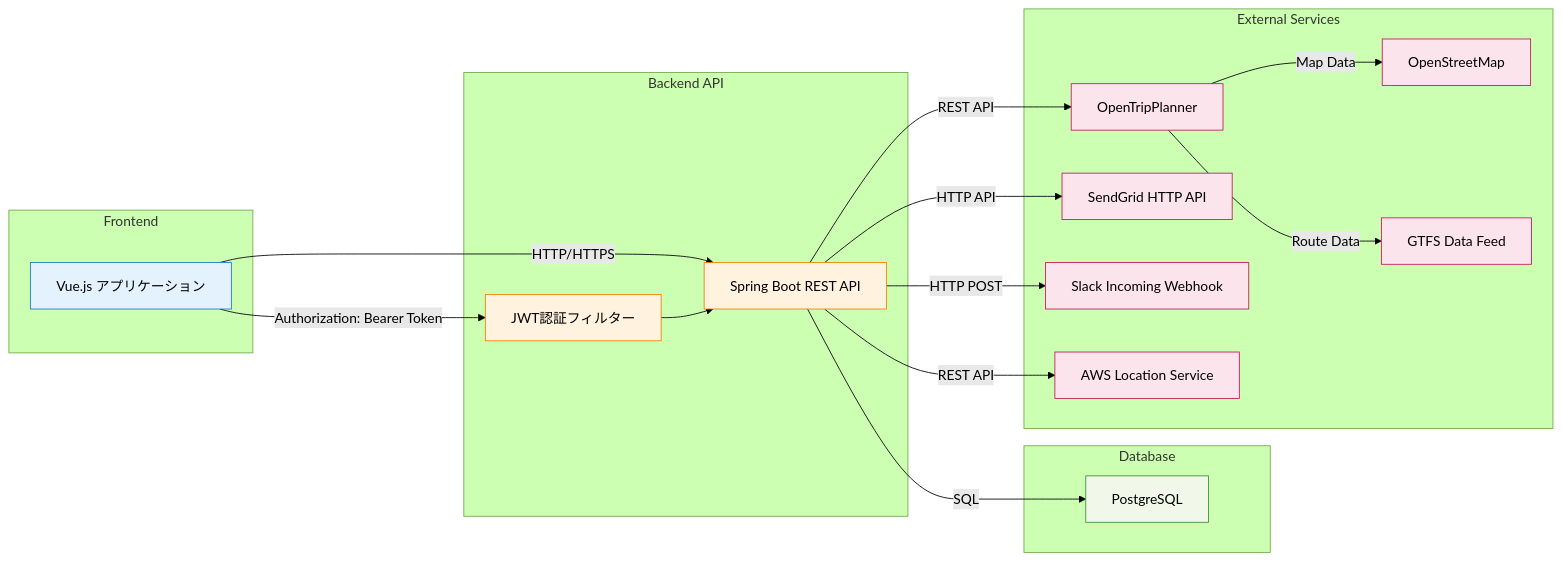
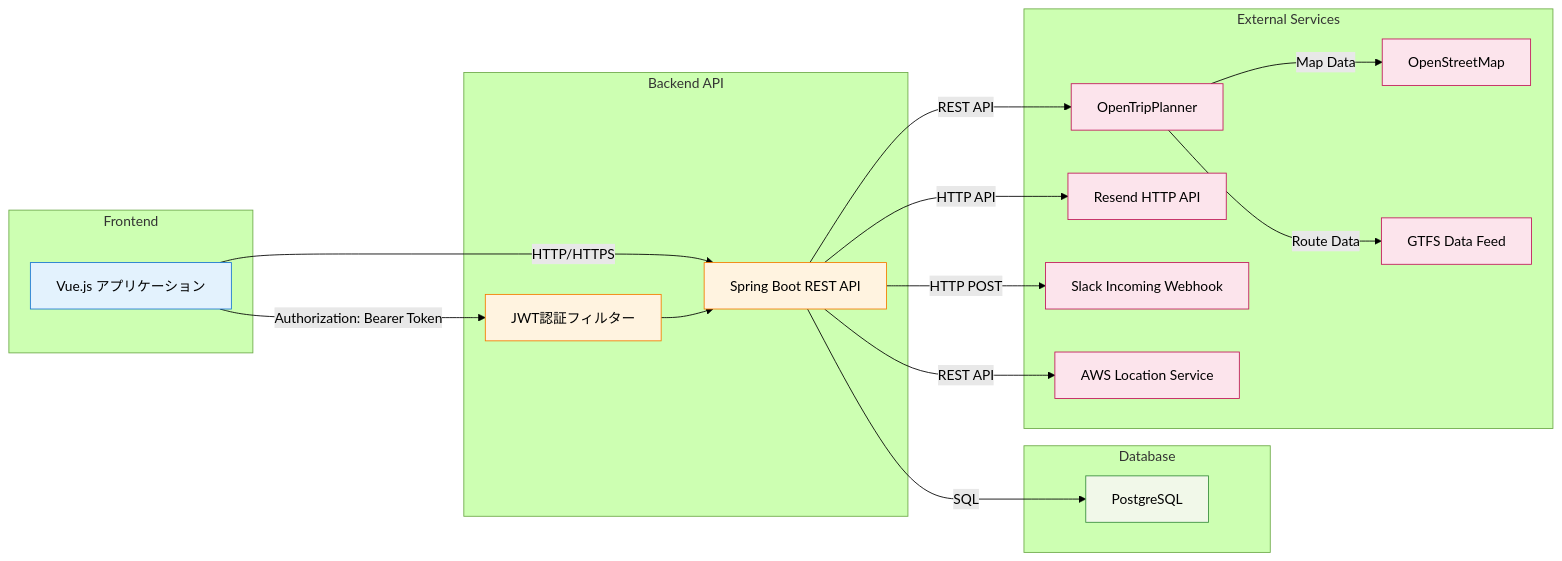
One commit to taichi0373/kumamoto-henno-map changed the first of 2 diagrams in docs/04_interfaces/api_spec.md. Above: the diagram before and after it, drawn with Mermaid (forest theme). The commit also changed other lines of this file and 26 other files, not shown here.

````diff
--- a/docs/04_interfaces/api_spec.md
+++ b/docs/04_interfaces/api_spec.md
@@ -23,45 +23,45 @@
 ```mermaid
 graph LR
     subgraph "Frontend"
         FE[Vue.js アプリケーション]
     end
 
     subgraph "Backend API"
         API[Spring Boot REST API]
         AUTH[JWT認証フィルター]
     end
 
     subgraph "Database"
         DB[PostgreSQL]
     end
 
     subgraph "External Services"
         OTP[OpenTripPlanner]
         OSM[OpenStreetMap]
         GTFS[GTFS Data Feed]
-        MAIL[SendGrid HTTP API]
+        MAIL[Resend HTTP API]
         SLACK[Slack Incoming Webhook]
         AWS[AWS Location Service]
     end
 
     FE -->|Authorization: Bearer Token| AUTH
     FE -->|HTTP/HTTPS| API
     AUTH --> API
     API -->|SQL| DB
     API -->|REST API| OTP
     API -->|HTTP API| MAIL
     API -->|HTTP POST| SLACK
     API -->|REST API| AWS
     OTP -->|Map Data| OSM
     OTP -->|Route Data| GTFS
 
     classDef frontend fill:#e3f2fd,stroke:#1976d2
     classDef backend fill:#fff3e0,stroke:#f57c00
     classDef database fill:#f1f8e9,stroke:#388e3c
     classDef external fill:#fce4ec,stroke:#c2185b
 
     class FE frontend
     class API,AUTH backend
     class DB database
     class OTP,OSM,GTFS,MAIL,SLACK,AWS external
 ```
````
